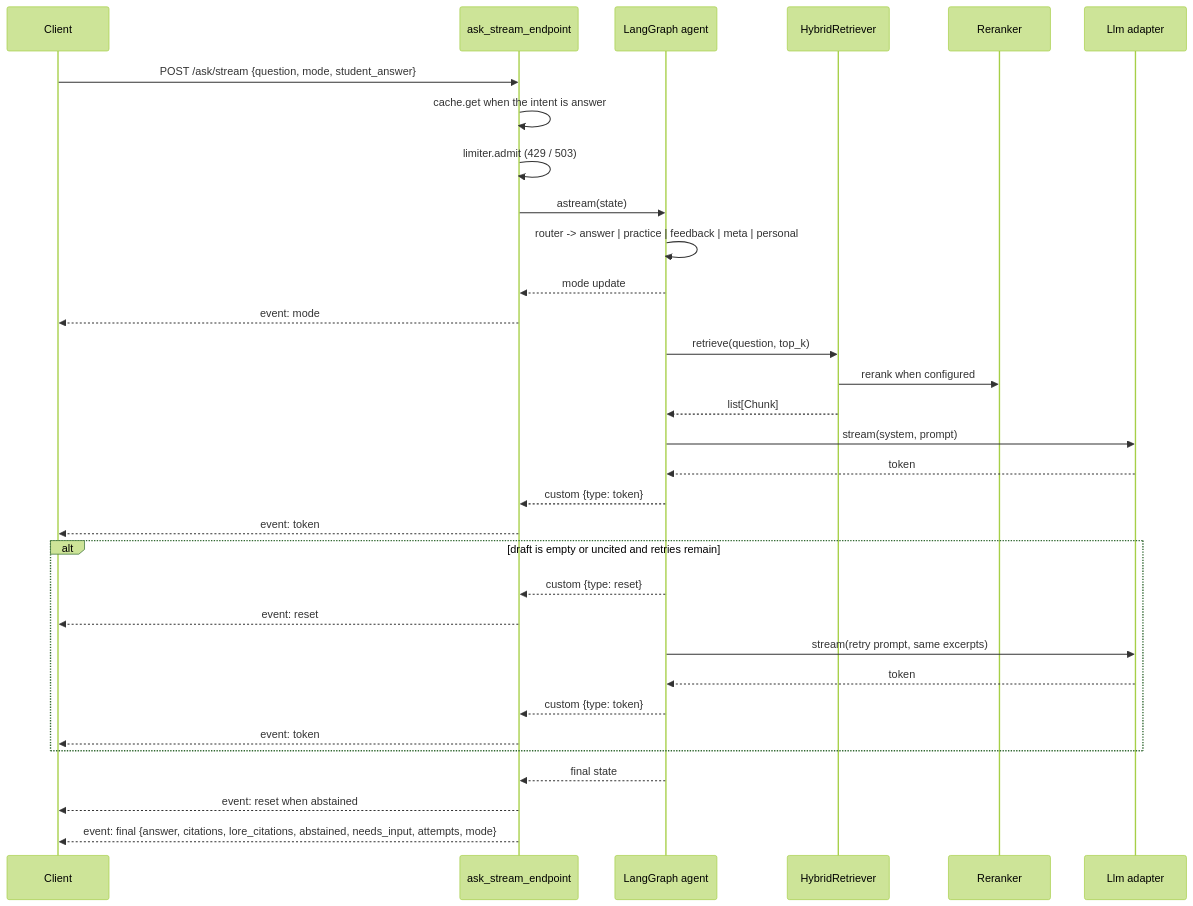
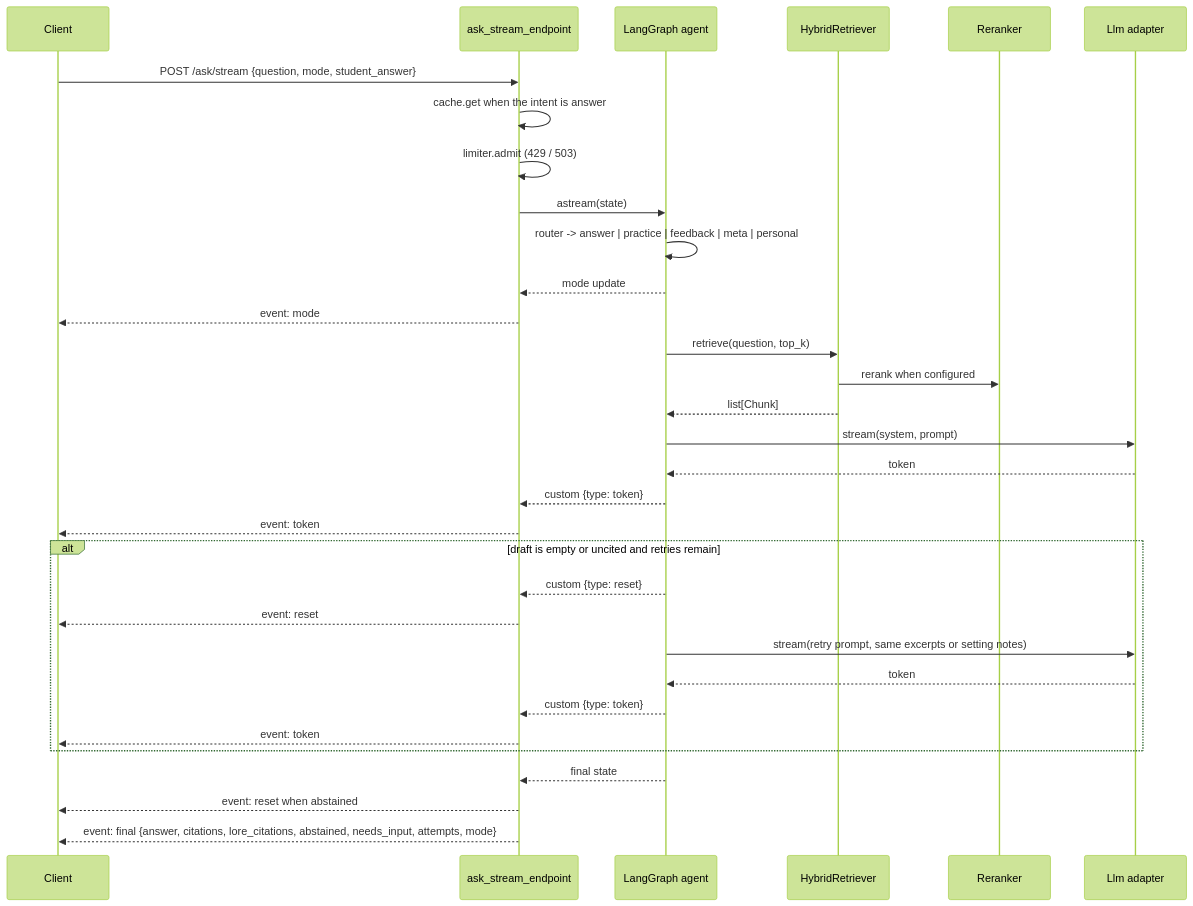
One commit to monitus2022/owl-online changed the fifth of 6 diagrams in docs/architecture.md. Above: the diagram before and after it, drawn with Mermaid (forest theme). The commit also changed other lines of this file and 9 other files, not shown here.

````diff
--- a/docs/architecture.md
+++ b/docs/architecture.md
@@ -309,35 +309,35 @@
 ```mermaid
 sequenceDiagram
   participant C as Client
   participant API as ask_stream_endpoint
   participant G as LangGraph agent
   participant R as HybridRetriever
   participant RR as Reranker
   participant LLM as Llm adapter
 
   C->>API: POST /ask/stream {question, mode, student_answer}
   API->>API: cache.get when the intent is answer
   API->>API: limiter.admit (429 / 503)
   API->>G: astream(state)
   G->>G: router -> answer | practice | feedback | meta | personal
   G-->>API: mode update
   API-->>C: event: mode
   G->>R: retrieve(question, top_k)
   R->>RR: rerank when configured
   R-->>G: list[Chunk]
   G->>LLM: stream(system, prompt)
   LLM-->>G: token
   G-->>API: custom {type: token}
   API-->>C: event: token
   alt draft is empty or uncited and retries remain
     G-->>API: custom {type: reset}
     API-->>C: event: reset
-    G->>LLM: stream(retry prompt, same excerpts)
+    G->>LLM: stream(retry prompt, same excerpts or setting notes)
     LLM-->>G: token
     G-->>API: custom {type: token}
     API-->>C: event: token
   end
   G-->>API: final state
   API-->>C: event: reset when abstained
   API-->>C: event: final {answer, citations, lore_citations, abstained, needs_input, attempts, mode}
 ```
````
